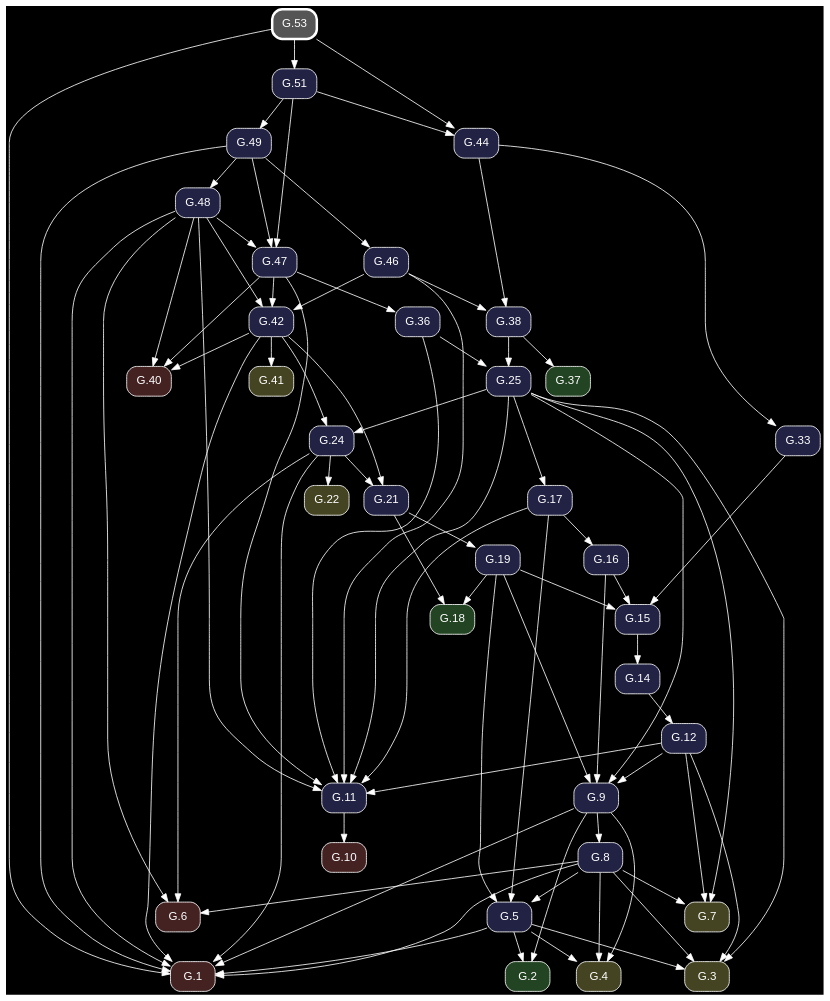
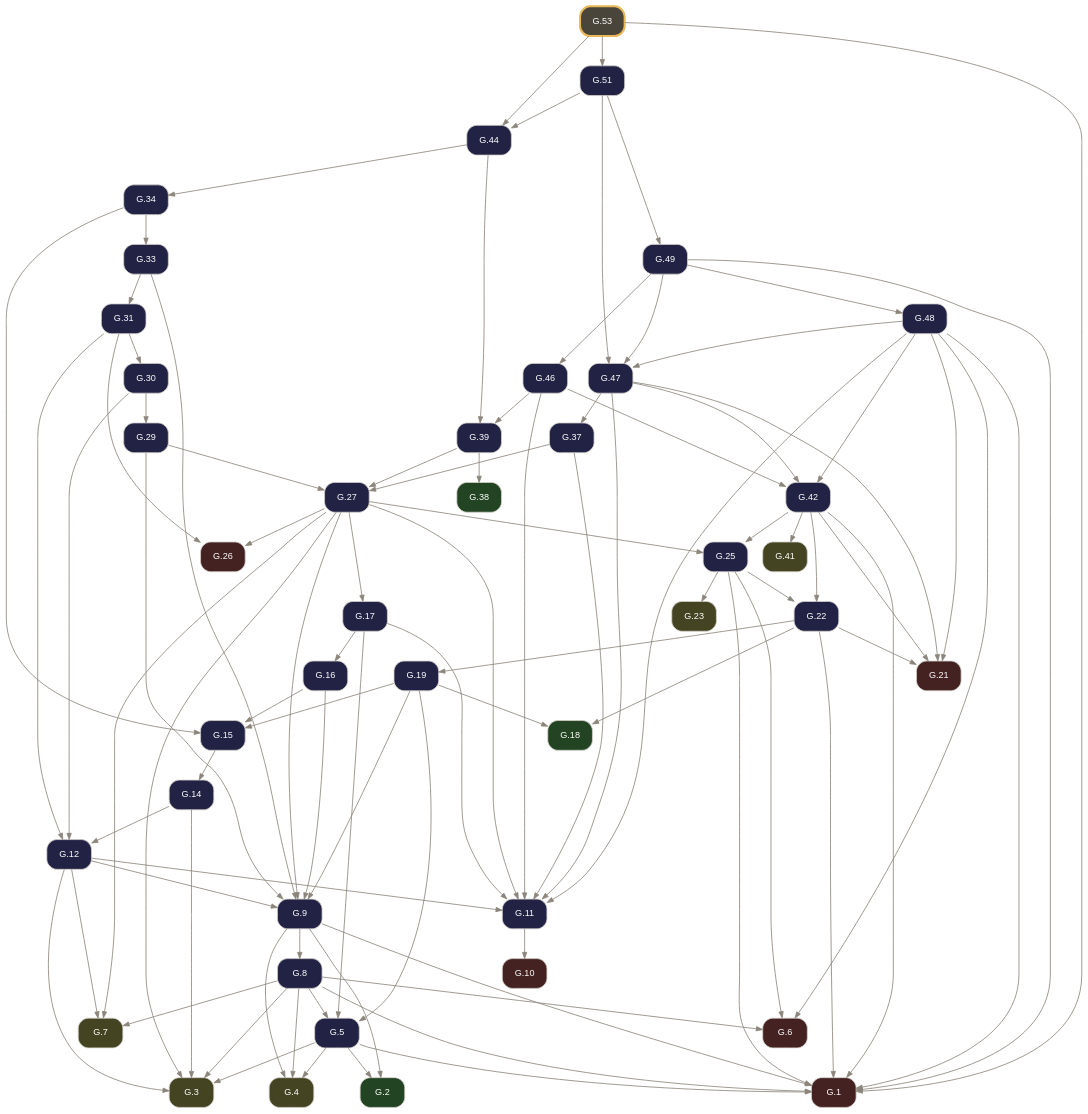
The diagram in docsrc/elements2/G.53/index.rst (geometor/elements), drawn with Graphviz before and after one commit. The commit also changed other lines of this file and 261 other files, not shown here.

Commit message:
feat: rebuild Elements 2.0 G-Index pipeline from composed Euclid Heath edition (v0.3.0)

```diff
--- a/docsrc/elements2/G.53/index.rst
+++ b/docsrc/elements2/G.53/index.rst
@@ -50,121 +65,140 @@
 .. graphviz::
 
    digraph {
-     bgcolor="black";
-     node [shape=box, style="rounded,filled", fontname="Helvetica", color="white", fontcolor="white"];
-     edge [color="white", fontcolor="white"];
+     bgcolor="transparent";
+     node [shape=box, style="rounded,filled", fontname="Helvetica", fontsize=11, color="#d6d3cd", fontcolor="#ffffff"];
+     edge [color="#8c857b", fontcolor="#8c857b", arrowsize=0.75];
      rankdir="TB";
-     "G.19" [label="G.19", fillcolor="#222244", URL="/elements2/G.19/", target="_top"];
-     "G.46" [label="G.46", fillcolor="#222244", URL="/elements2/G.46/", target="_top"];
-     "G.24" [label="G.24", fillcolor="#222244", URL="/elements2/G.24/", target="_top"];
-     "G.21" [label="G.21", fillcolor="#222244", URL="/elements2/G.21/", target="_top"];
-     "G.10" [label="G.10", fillcolor="#442222", URL="/elements2/G.10/", target="_top"];
-     "G.42" [label="G.42", fillcolor="#222244", URL="/elements2/G.42/", target="_top"];
-     "G.17" [label="G.17", fillcolor="#222244", URL="/elements2/G.17/", target="_top"];
-     "G.15" [label="G.15", fillcolor="#222244", URL="/elements2/G.15/", target="_top"];
-     "G.3" [label="G.3", fillcolor="#444422", URL="/elements2/G.3/", target="_top"];
-     "G.5" [label="G.5", fillcolor="#222244", URL="/elements2/G.5/", target="_top"];
-     "G.1" [label="G.1", fillcolor="#442222", URL="/elements2/G.1/", target="_top"];
-     "G.2" [label="G.2", fillcolor="#224422", URL="/elements2/G.2/", target="_top"];
-     "G.12" [label="G.12", fillcolor="#222244", URL="/elements2/G.12/", target="_top"];
-     "G.22" [label="G.22", fillcolor="#444422", URL="/elements2/G.22/", target="_top"];
-     "G.8" [label="G.8", fillcolor="#222244", URL="/elements2/G.8/", target="_top"];
-     "G.25" [label="G.25", fillcolor="#222244", URL="/elements2/G.25/", target="_top"];
-     "G.49" [label="G.49", fillcolor="#222244", URL="/elements2/G.49/", target="_top"];
-     "G.18" [label="G.18", fillcolor="#224422", URL="/elements2/G.18/", target="_top"];
-     "G.40" [label="G.40", fillcolor="#442222", URL="/elements2/G.40/", target="_top"];
-     "G.4" [label="G.4", fillcolor="#444422", URL="/elements2/G.4/", target="_top"];
-     "G.16" [label="G.16", fillcolor="#222244", URL="/elements2/G.16/", target="_top"];
-     "G.6" [label="G.6", fillcolor="#442222", URL="/elements2/G.6/", target="_top"];
-     "G.38" [label="G.38", fillcolor="#222244", URL="/elements2/G.38/", target="_top"];
-     "G.48" [label="G.48", fillcolor="#222244", URL="/elements2/G.48/", target="_top"];
-     "G.7" [label="G.7", fillcolor="#444422", URL="/elements2/G.7/", target="_top"];
-     "G.53" [label="G.53", penwidth=3, color="white", fillcolor="#555555", URL="/elements2/G.53/", target="_top"];
-     "G.41" [label="G.41", fillcolor="#444422", URL="/elements2/G.41/", target="_top"];
-     "G.51" [label="G.51", fillcolor="#222244", URL="/elements2/G.51/", target="_top"];
-     "G.14" [label="G.14", fillcolor="#222244", URL="/elements2/G.14/", target="_top"];
-     "G.36" [label="G.36", fillcolor="#222244", URL="/elements2/G.36/", target="_top"];
-     "G.9" [label="G.9", fillcolor="#222244", URL="/elements2/G.9/", target="_top"];
-     "G.37" [label="G.37", fillcolor="#224422", URL="/elements2/G.37/", target="_top"];
-     "G.11" [label="G.11", fillcolor="#222244", URL="/elements2/G.11/", target="_top"];
-     "G.44" [label="G.44", fillcolor="#222244", URL="/elements2/G.44/", target="_top"];
-     "G.33" [label="G.33", fillcolor="#222244", URL="/elements2/G.33/", target="_top"];
-     "G.47" [label="G.47", fillcolor="#222244", URL="/elements2/G.47/", target="_top"];
-     "G.21" -> "G.19";
-     "G.49" -> "G.46";
-     "G.25" -> "G.24";
-     "G.42" -> "G.24";
-     "G.24" -> "G.21";
-     "G.42" -> "G.21";
-     "G.11" -> "G.10";
-     "G.47" -> "G.42";
-     "G.46" -> "G.42";
-     "G.48" -> "G.42";
-     "G.25" -> "G.17";
-     "G.19" -> "G.15";
-     "G.16" -> "G.15";
-     "G.33" -> "G.15";
+     "G.1" [label="G.1", tooltip="G.1 (I.cn.1)", fillcolor="#442222", URL="../G.1/index.html", target="_top"];
+     "G.2" [label="G.2", tooltip="G.2 (I.def.15)", fillcolor="#224422", URL="../G.2/index.html", target="_top"];
+     "G.3" [label="G.3", tooltip="G.3 (I.post.1)", fillcolor="#444422", URL="../G.3/index.html", target="_top"];
+     "G.4" [label="G.4", tooltip="G.4 (I.post.3)", fillcolor="#444422", URL="../G.4/index.html", target="_top"];
+     "G.5" [label="G.5", tooltip="G.5 (I.1)", fillcolor="#222244", URL="../G.5/index.html", target="_top"];
+     "G.6" [label="G.6", tooltip="G.6 (I.cn.3)", fillcolor="#442222", URL="../G.6/index.html", target="_top"];
+     "G.7" [label="G.7", tooltip="G.7 (I.post.2)", fillcolor="#444422", URL="../G.7/index.html", target="_top"];
+     "G.8" [label="G.8", tooltip="G.8 (I.2)", fillcolor="#222244", URL="../G.8/index.html", target="_top"];
+     "G.9" [label="G.9", tooltip="G.9 (I.3)", fillcolor="#222244", URL="../G.9/index.html", target="_top"];
+     "G.10" [label="G.10", tooltip="G.10 (I.cn.4)", fillcolor="#442222", URL="../G.10/index.html", target="_top"];
+     "G.11" [label="G.11", tooltip="G.11 (I.4)", fillcolor="#222244", URL="../G.11/index.html", target="_top"];
+     "G.12" [label="G.12", tooltip="G.12 (I.5)", fillcolor="#222244", URL="../G.12/index.html", target="_top"];
+     "G.14" [label="G.14", tooltip="G.14 (I.7)", fillcolor="#222244", URL="../G.14/index.html", target="_top"];
+     "G.15" [label="G.15", tooltip="G.15 (I.8)", fillcolor="#222244", URL="../G.15/index.html", target="_top"];
+     "G.16" [label="G.16", tooltip="G.16 (I.9)", fillcolor="#222244", URL="../G.16/index.html", target="_top"];
+     "G.17" [label="G.17", tooltip="G.17 (I.10)", fillcolor="#222244", URL="../G.17/index.html", target="_top"];
+     "G.18" [label="G.18", tooltip="G.18 (I.def.10)", fillcolor="#224422", URL="../G.18/index.html", target="_top"];
+     "G.19" [label="G.19", tooltip="G.19 (I.11)", fillcolor="#222244", URL="../G.19/index.html", target="_top"];
+     "G.21" [label="G.21", tooltip="G.21 (I.cn.2)", fillcolor="#442222", URL="../G.21/index.html", target="_top"];
+     "G.22" [label="G.22", tooltip="G.22 (I.13)", fillcolor="#222244", URL="../G.22/index.html", target="_top"];
+     "G.23" [label="G.23", tooltip="G.23 (I.post.4)", fillcolor="#444422", URL="../G.23/index.html", target="_top"];
+     "G.25" [label="G.25", tooltip="G.25 (I.15)", fillcolor="#222244", URL="../G.25/index.html", target="_top"];
+     "G.26" [label="G.26", tooltip="G.26 (I.cn.5)", fillcolor="#442222", URL="../G.26/index.html", target="_top"];
+     "G.27" [label="G.27", tooltip="G.27 (I.16)", fillcolor="#222244", URL="../G.27/index.html", target="_top"];
+     "G.29" [label="G.29", tooltip="G.29 (I.18)", fillcolor="#222244", URL="../G.29/index.html", target="_top"];
+     "G.30" [label="G.30", tooltip="G.30 (I.19)", fillcolor="#222244", URL="../G.30/index.html", target="_top"];
+     "G.31" [label="G.31", tooltip="G.31 (I.20)", fillcolor="#222244", URL="../G.31/index.html", target="_top"];
+     "G.33" [label="G.33", tooltip="G.33 (I.22)", fillcolor="#222244", URL="../G.33/index.html", target="_top"];
+     "G.34" [label="G.34", tooltip="G.34 (I.23)", fillcolor="#222244", URL="../G.34/index.html", target="_top"];
+     "G.37" [label="G.37", tooltip="G.37 (I.26)", fillcolor="#222244", URL="../G.37/index.html", target="_top"];
+     "G.38" [label="G.38", tooltip="G.38 (I.def.23)", fillcolor="#224422", URL="../G.38/index.html", target="_top"];
+     "G.39" [label="G.39", tooltip="G.39 (I.27)", fillcolor="#222244", URL="../G.39/index.html", target="_top"];
+     "G.41" [label="G.41", tooltip="G.41 (I.post.5)", fillcolor="#444422", URL="../G.41/index.html", target="_top"];
+     "G.42" [label="G.42", tooltip="G.42 (I.29)", fillcolor="#222244", URL="../G.42/index.html", target="_top"];
+     "G.44" [label="G.44", tooltip="G.44 (I.31)", fillcolor="#222244", URL="../G.44/index.html", target="_top"];
+     "G.46" [label="G.46", tooltip="G.46 (I.33)", fillcolor="#222244", URL="../G.46/index.html", target="_top"];
+     "G.47" [label="G.47", tooltip="G.47 (I.34)", fillcolor="#222244", URL="../G.47/index.html", target="_top"];
+     "G.48" [label="G.48", tooltip="G.48 (I.35)", fillcolor="#222244", URL="../G.48/index.html", target="_top"];
+     "G.49" [label="G.49", tooltip="G.49 (I.36)", fillcolor="#222244", URL="../G.49/index.html", target="_top"];
+     "G.51" [label="G.51", tooltip="G.51 (I.38)", fillcolor="#222244", URL="../G.51/index.html", target="_top"];
+     "G.53" [label="G.53", tooltip="G.53 (I.40)", penwidth=2.5, color="#e8b85a", fillcolor="#4a453b", URL="index.html", target="_top"];
+     "G.5" -> "G.1";
+     "G.8" -> "G.1";
+     "G.9" -> "G.1";
+     "G.22" -> "G.1";
+     "G.25" -> "G.1";
+     "G.42" -> "G.1";
+     "G.48" -> "G.1";
+     "G.49" -> "G.1";
+     "G.53" -> "G.1";
+     "G.5" -> "G.2";
+     "G.9" -> "G.2";
      "G.5" -> "G.3";
-     "G.25" -> "G.3";
      "G.8" -> "G.3";
      "G.12" -> "G.3";
-     "G.19" -> "G.5";
-     "G.8" -> "G.5";
-     "G.17" -> "G.5";
-     "G.5" -> "G.1";
-     "G.24" -> "G.1";
-     "G.49" -> "G.1";
-     "G.53" -> "G.1";
-     "G.48" -> "G.1";
-     "G.8" -> "G.1";
-     "G.42" -> "G.1";
-     "G.9" -> "G.1";
-     "G.5" -> "G.2";
-     "G.9" -> "G.2";
-     "G.14" -> "G.12";
-     "G.24" -> "G.22";
-     "G.9" -> "G.8";
-     "G.36" -> "G.25";
-     "G.38" -> "G.25";
-     "G.51" -> "G.49";
-     "G.19" -> "G.18";
-     "G.21" -> "G.18";
-     "G.47" -> "G.40";
-     "G.48" -> "G.40";
-     "G.42" -> "G.40";
+     "G.14" -> "G.3";
+     "G.27" -> "G.3";
      "G.5" -> "G.4";
      "G.8" -> "G.4";
      "G.9" -> "G.4";
-     "G.17" -> "G.16";
-     "G.24" -> "G.6";
+     "G.8" -> "G.5";
+     "G.17" -> "G.5";
+     "G.19" -> "G.5";
+     "G.8" -> "G.6";
+     "G.25" -> "G.6";
      "G.48" -> "G.6";
-     "G.8" -> "G.6";
-     "G.46" -> "G.38";
-     "G.44" -> "G.38";
-     "G.49" -> "G.48";
-     "G.25" -> "G.7";
      "G.8" -> "G.7";
      "G.12" -> "G.7";
+     "G.27" -> "G.7";
+     "G.9" -> "G.8";
+     "G.12" -> "G.9";
+     "G.16" -> "G.9";
+     "G.19" -> "G.9";
+     "G.27" -> "G.9";
+     "G.29" -> "G.9";
+     "G.33" -> "G.9";
+     "G.11" -> "G.10";
+     "G.12" -> "G.11";
+     "G.17" -> "G.11";
+     "G.27" -> "G.11";
+     "G.37" -> "G.11";
+     "G.46" -> "G.11";
+     "G.47" -> "G.11";
+     "G.48" -> "G.11";
+     "G.14" -> "G.12";
+     "G.30" -> "G.12";
+     "G.31" -> "G.12";
+     "G.15" -> "G.14";
+     "G.16" -> "G.15";
+     "G.19" -> "G.15";
+     "G.34" -> "G.15";
+     "G.17" -> "G.16";
+     "G.27" -> "G.17";
+     "G.19" -> "G.18";
+     "G.22" -> "G.18";
+     "G.22" -> "G.19";
+     "G.22" -> "G.21";
+     "G.42" -> "G.21";
+     "G.47" -> "G.21";
+     "G.48" -> "G.21";
+     "G.25" -> "G.22";
+     "G.42" -> "G.22";
+     "G.25" -> "G.23";
+     "G.27" -> "G.25";
+     "G.42" -> "G.25";
+     "G.27" -> "G.26";
+     "G.31" -> "G.26";
+     "G.29" -> "G.27";
+     "G.37" -> "G.27";
+     "G.39" -> "G.27";
+     "G.30" -> "G.29";
+     "G.31" -> "G.30";
+     "G.33" -> "G.31";
+     "G.34" -> "G.33";
+     "G.44" -> "G.34";
+     "G.47" -> "G.37";
+     "G.39" -> "G.38";
+     "G.44" -> "G.39";
+     "G.46" -> "G.39";
      "G.42" -> "G.41";
+     "G.46" -> "G.42";
+     "G.47" -> "G.42";
+     "G.48" -> "G.42";
+     "G.51" -> "G.44";
+     "G.53" -> "G.44";
+     "G.49" -> "G.46";
+     "G.48" -> "G.47";
+     "G.49" -> "G.47";
+     "G.51" -> "G.47";
+     "G.49" -> "G.48";
+     "G.51" -> "G.49";
      "G.53" -> "G.51";
-     "G.15" -> "G.14";
-     "G.47" -> "G.36";
-     "G.19" -> "G.9";
-     "G.25" -> "G.9";
-     "G.16" -> "G.9";
-     "G.12" -> "G.9";
-     "G.38" -> "G.37";
-     "G.36" -> "G.11";
-     "G.47" -> "G.11";
-     "G.46" -> "G.11";
-     "G.48" -> "G.11";
-     "G.25" -> "G.11";
-     "G.17" -> "G.11";
-     "G.12" -> "G.11";
-     "G.53" -> "G.44";
-     "G.51" -> "G.44";
-     "G.44" -> "G.33";
-     "G.49" -> "G.47";
-     "G.48" -> "G.47";
-     "G.51" -> "G.47";
    }
```
